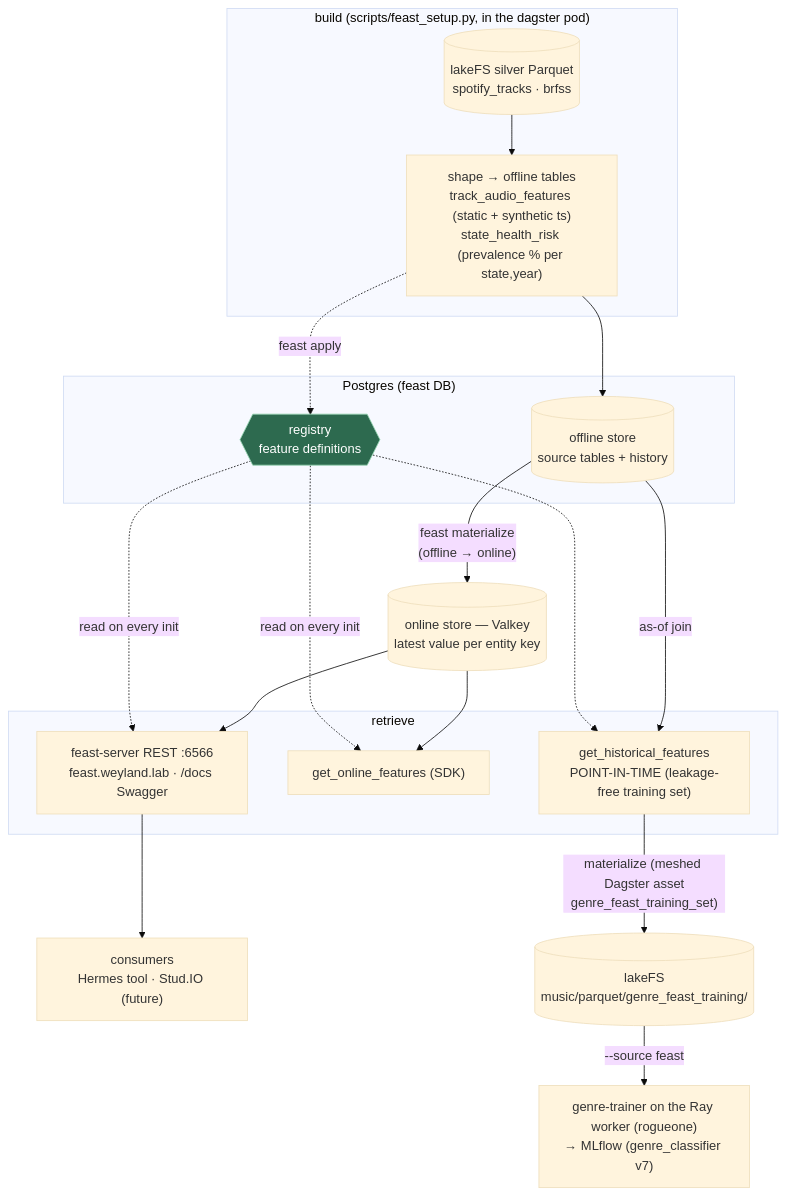
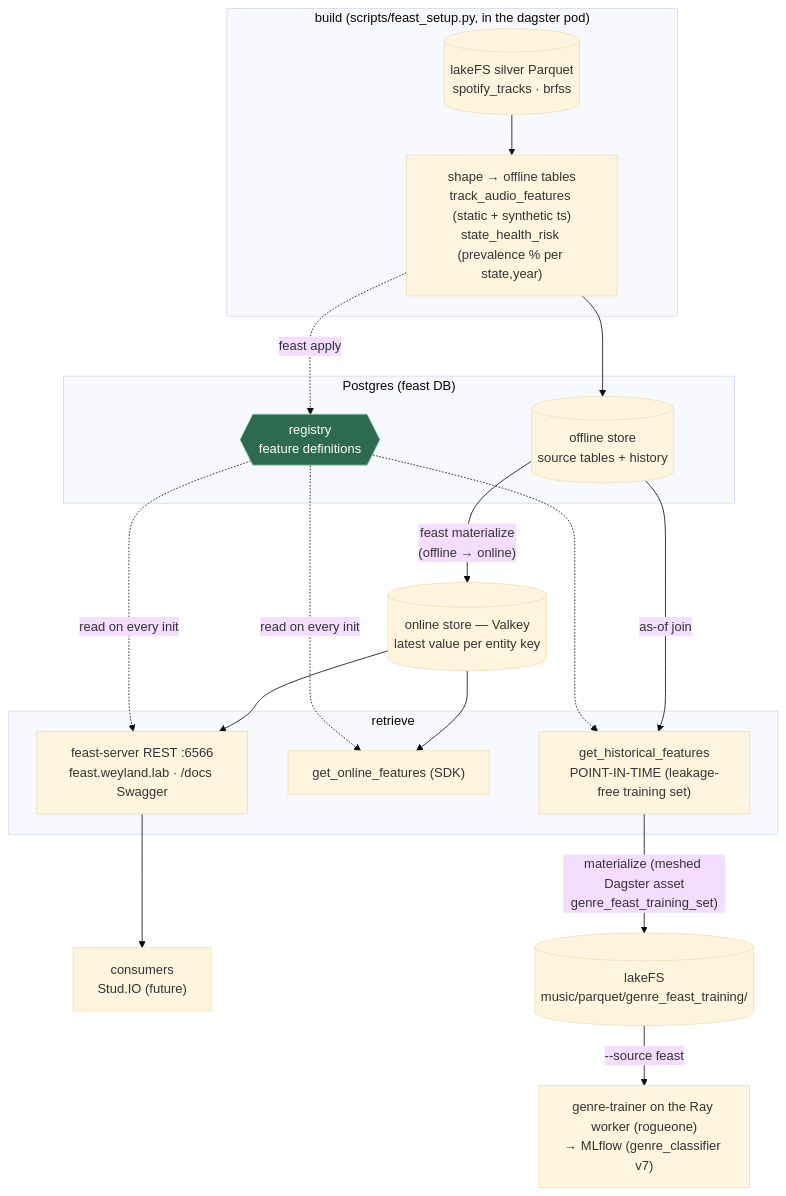
One commit to edtbl76/weyland-lab changed the first of 2 diagrams in docs/diagrams/flow-feast.md. Above: the diagram before and after it, drawn with Mermaid (base theme). The commit also changed 14 other files, not shown here.

Commit message:
Route all LiteLLM hosted lanes through Bifrost for consistent provider egress, add per-VK attribution, and update diagrams and docs for new architecture.

````diff
--- a/docs/diagrams/flow-feast.md
+++ b/docs/diagrams/flow-feast.md
@@ -8,37 +8,37 @@
 ```mermaid
 flowchart TB
   subgraph BUILD["build (scripts/feast_setup.py, in the dagster pod)"]
     SILVER[("lakeFS silver Parquet<br/>spotify_tracks · brfss")]
     LOAD["shape → offline tables<br/>track_audio_features (static + synthetic ts)<br/>state_health_risk (prevalence % per state,year)"]
     SILVER --> LOAD
   end
 
   subgraph PG["Postgres (feast DB)"]
     OFFLINE[("offline store<br/>source tables + history")]
     REGISTRY{{"registry<br/>feature definitions"}}
   end
   VALKEY[("online store — Valkey<br/>latest value per entity key")]
 
   LOAD --> OFFLINE
   LOAD -.->|"feast apply"| REGISTRY
   OFFLINE -->|"feast materialize<br/>(offline → online)"| VALKEY
 
   subgraph SERVE["retrieve"]
     HIST["get_historical_features<br/>POINT-IN-TIME (leakage-free training set)"]
     ONLINE_SDK["get_online_features (SDK)"]
     REST["feast-server REST :6566<br/>feast.weyland.lab · /docs Swagger"]
   end
 
   OFFLINE -->|"as-of join"| HIST
   VALKEY --> ONLINE_SDK
   VALKEY --> REST
   REGISTRY -.->|"read on every init"| ONLINE_SDK
   REGISTRY -.->|"read on every init"| REST
   REGISTRY -.-> HIST
-  REST --> CONSUMER["consumers<br/>Hermes tool · Stud.IO (future)"]
+  REST --> CONSUMER["consumers<br/>Stud.IO (future)"]
   HIST -->|"materialize (meshed Dagster asset<br/>genre_feast_training_set)"| TRAINSET[("lakeFS<br/>music/parquet/genre_feast_training/")]
   TRAINSET -->|"--source feast"| TRAINER["genre-trainer on the Ray worker (rogueone)<br/>→ MLflow (genre_classifier v7)"]
 
   classDef truth fill:#2d6a4f,stroke:#95d5b2,color:#fff;
   class REGISTRY truth;
 ```
````
